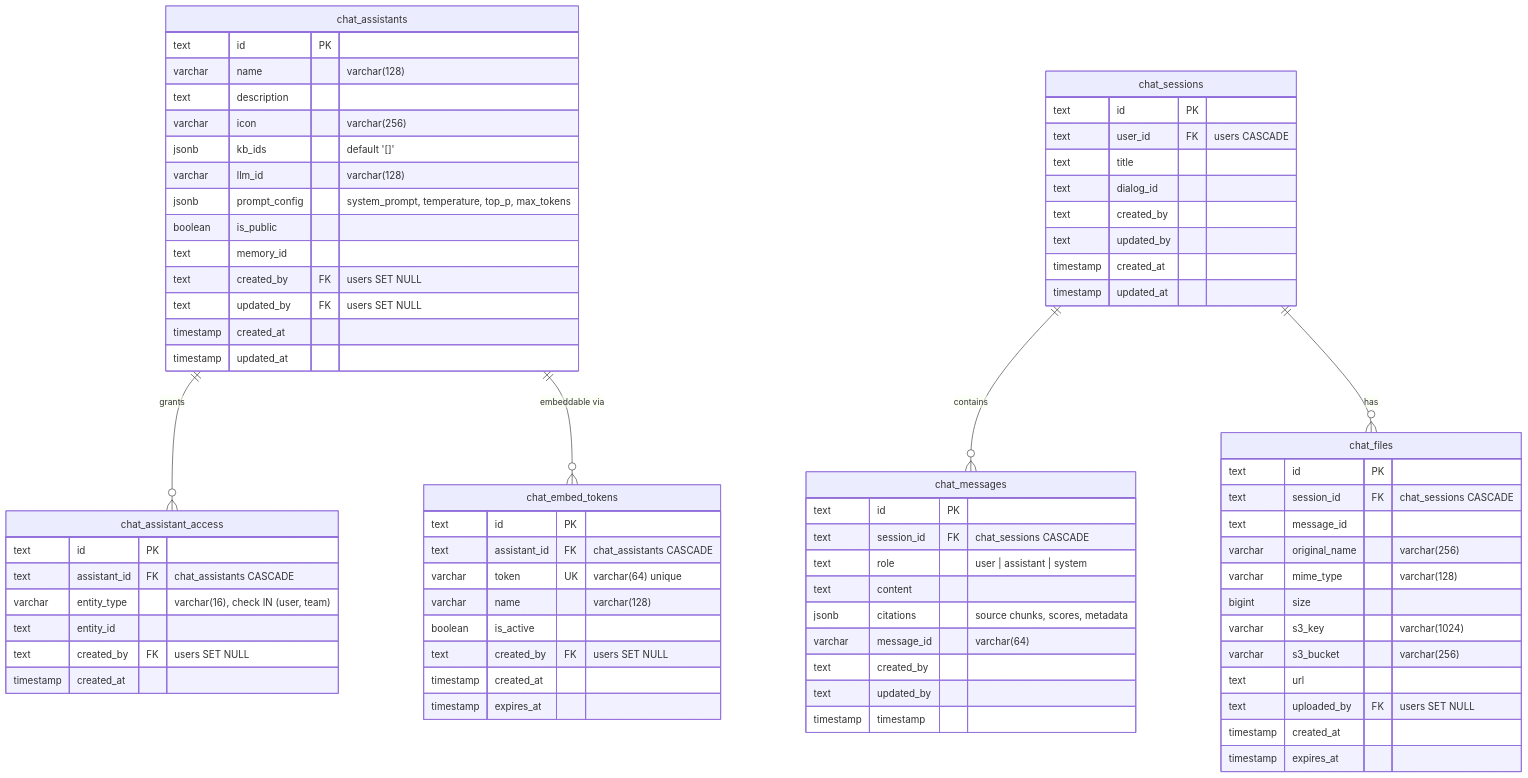
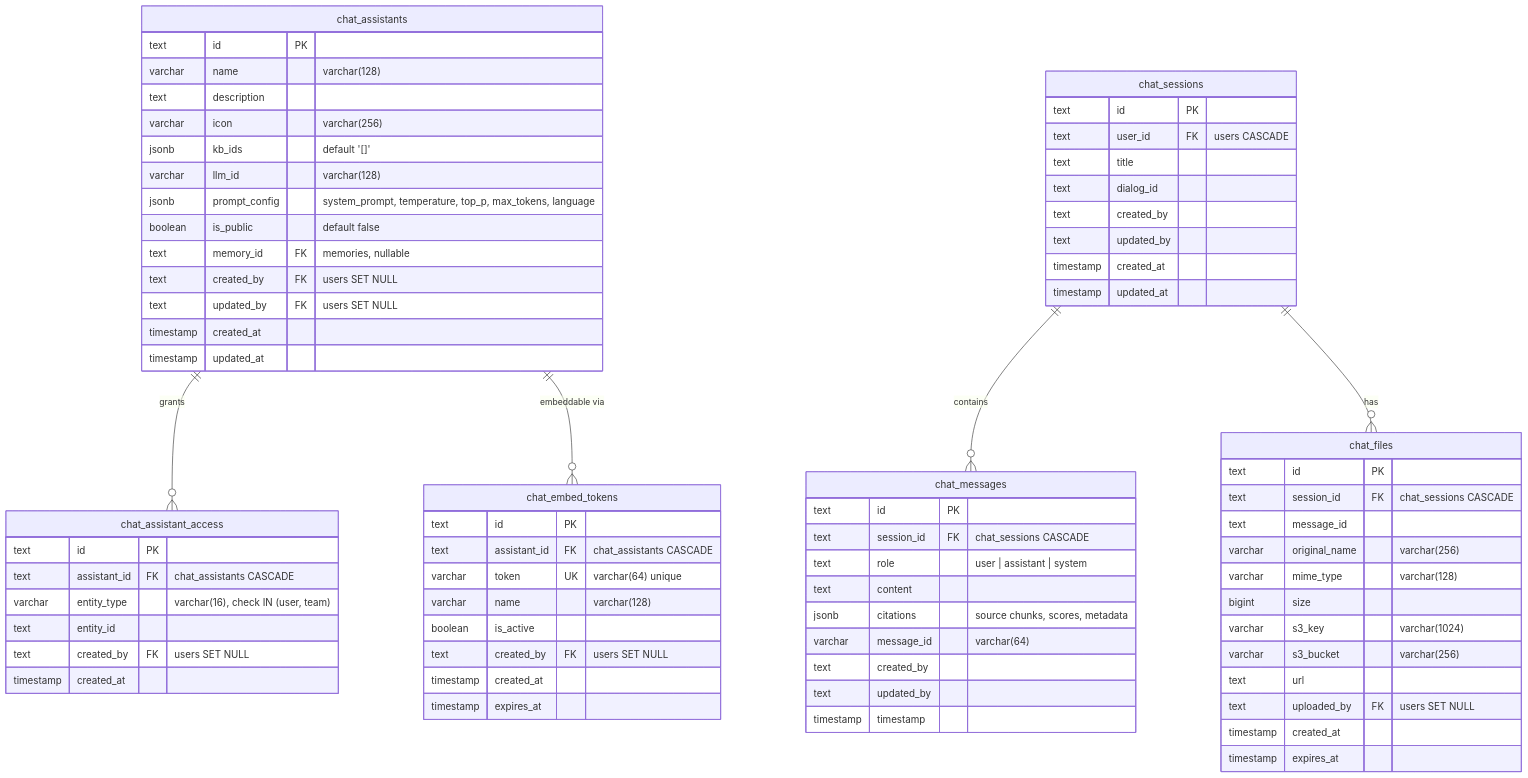
One commit to b-knowledge-solution/b-knowledge changed the first of 4 diagrams in docs/basic-design/database/database-design-chat-search.md. Above: the diagram before and after it, drawn with Mermaid. The commit also changed other lines of this file and 29 other files, not shown here.

````diff
--- a/docs/basic-design/database/database-design-chat-search.md
+++ b/docs/basic-design/database/database-design-chat-search.md
@@ -5,81 +7,81 @@
 ```mermaid
 erDiagram
     chat_assistants {
         text id PK
         varchar name "varchar(128)"
         text description
         varchar icon "varchar(256)"
         jsonb kb_ids "default '[]'"
         varchar llm_id "varchar(128)"
-        jsonb prompt_config "system_prompt, temperature, top_p, max_tokens"
-        boolean is_public
-        text memory_id
+        jsonb prompt_config "system_prompt, temperature, top_p, max_tokens, language"
+        boolean is_public "default false"
+        text memory_id FK "memories, nullable"
         text created_by FK "users SET NULL"
         text updated_by FK "users SET NULL"
         timestamp created_at
         timestamp updated_at
     }
 
     chat_sessions {
         text id PK
         text user_id FK "users CASCADE"
         text title
         text dialog_id
         text created_by
         text updated_by
         timestamp created_at
         timestamp updated_at
     }
 
     chat_messages {
         text id PK
         text session_id FK "chat_sessions CASCADE"
         text role "user | assistant | system"
         text content
         jsonb citations "source chunks, scores, metadata"
         varchar message_id "varchar(64)"
         text created_by
         text updated_by
         timestamp timestamp
     }
 
     chat_files {
         text id PK
         text session_id FK "chat_sessions CASCADE"
         text message_id
         varchar original_name "varchar(256)"
         varchar mime_type "varchar(128)"
         bigint size
         varchar s3_key "varchar(1024)"
         varchar s3_bucket "varchar(256)"
         text url
         text uploaded_by FK "users SET NULL"
         timestamp created_at
         timestamp expires_at
     }
 
     chat_assistant_access {
         text id PK
         text assistant_id FK "chat_assistants CASCADE"
         varchar entity_type "varchar(16), check IN (user, team)"
         text entity_id
         text created_by FK "users SET NULL"
         timestamp created_at
     }
 
     chat_embed_tokens {
         text id PK
         text assistant_id FK "chat_assistants CASCADE"
         varchar token UK "varchar(64) unique"
         varchar name "varchar(128)"
         boolean is_active
         text created_by FK "users SET NULL"
         timestamp created_at
         timestamp expires_at
     }
 
     chat_sessions ||--o{ chat_messages : "contains"
     chat_sessions ||--o{ chat_files : "has"
     chat_assistants ||--o{ chat_assistant_access : "grants"
     chat_assistants ||--o{ chat_embed_tokens : "embeddable via"
 ```
````
